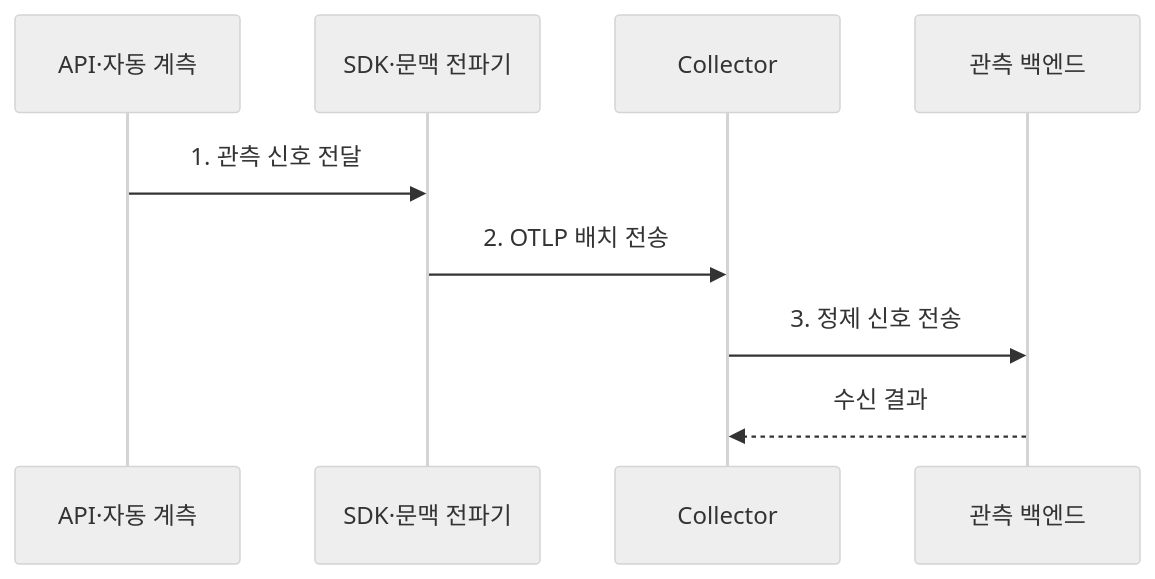
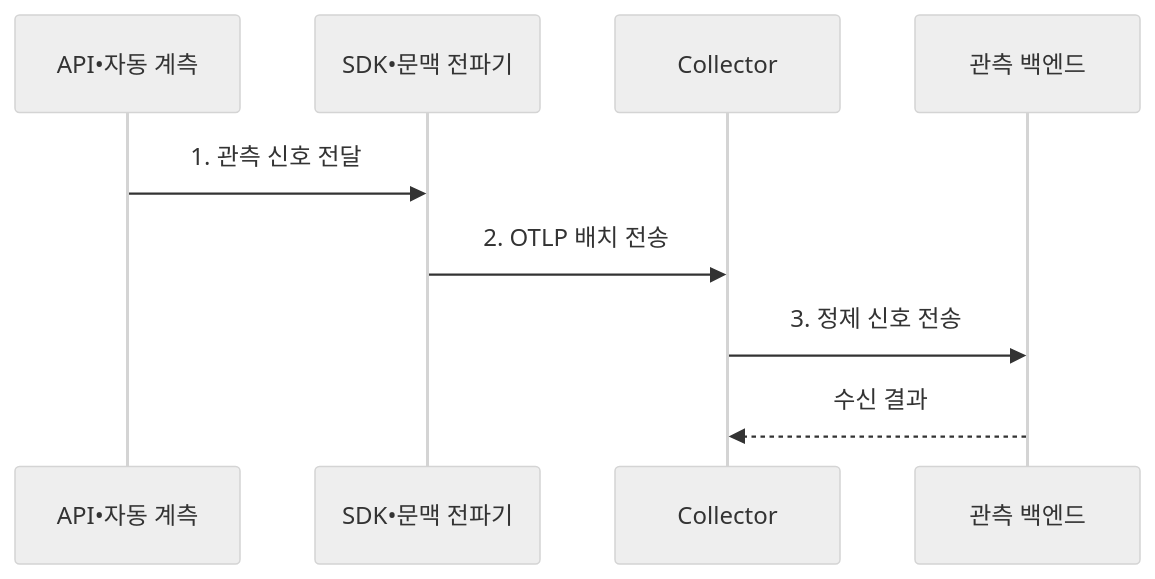
The second of 2 diagrams in src/content/docs/notes/03-software/162_opentelemetry.md (agnusdei1207/knowledge-base), drawn with Mermaid (neutral theme) before and after one commit. The commit also changed other lines of this file and 953 other files, not shown here.

````diff
--- a/src/content/docs/notes/03-software/162_opentelemetry.md
+++ b/src/content/docs/notes/03-software/162_opentelemetry.md
@@ -109,11 +109,11 @@
 ```mermaid
 sequenceDiagram
-    participant A as API·자동 계측
-    participant S as SDK·문맥 전파기
+    participant A as API•자동 계측
+    participant S as SDK•문맥 전파기
     participant C as Collector
     participant B as 관측 백엔드
     A->>S: 1. 관측 신호 전달
     S->>C: 2. OTLP 배치 전송
     C->>B: 3. 정제 신호 전송
     B-->>C: 수신 결과
 ```
````
